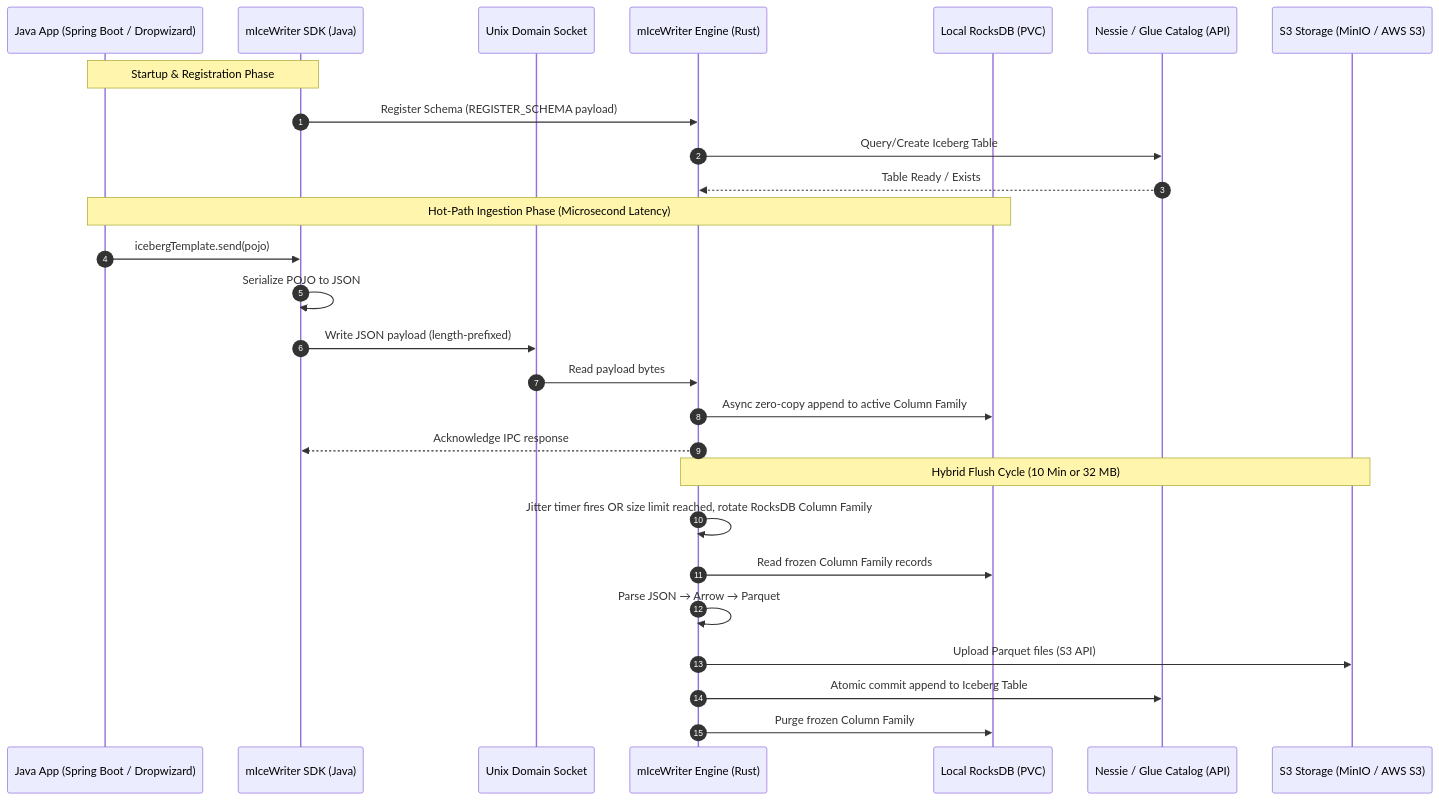
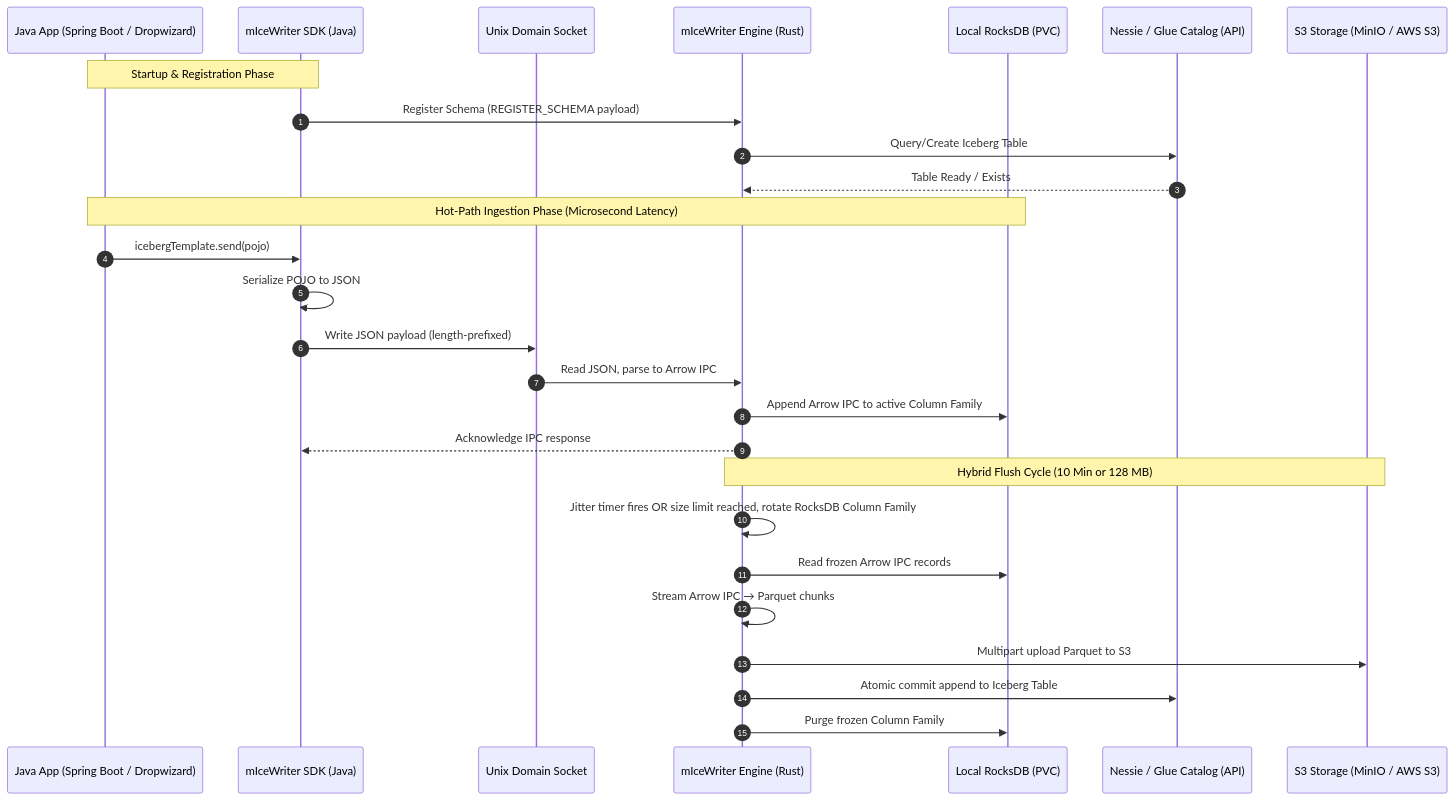
Before and after one commit to markovarghese/micewriter-hub: the diagram in docs/system-overview.md, drawn with Mermaid. The commit also changed other lines of this file and 6 other files, not shown here.

Commit message:
docs: update system architecture to reflect streaming and IPC intake

````diff
--- a/docs/system-overview.md
+++ b/docs/system-overview.md
@@ -14,32 +14,32 @@
 ```mermaid
 sequenceDiagram
     autonumber
     participant App as Java App (Spring Boot / Dropwizard)
     participant SDK as mIceWriter SDK (Java)
     participant UDS as Unix Domain Socket
     participant Engine as mIceWriter Engine (Rust)
     participant RocksDB as Local RocksDB (PVC)
     participant Catalog as Nessie / Glue Catalog (API)
     participant ObjectStore as S3 Storage (MinIO / AWS S3)
 
     Note over App,SDK: Startup & Registration Phase
     SDK->>Engine: Register Schema (REGISTER_SCHEMA payload)
     Engine->>Catalog: Query/Create Iceberg Table
     Catalog-->>Engine: Table Ready / Exists
 
     Note over App,RocksDB: Hot-Path Ingestion Phase (Microsecond Latency)
     App->>SDK: icebergTemplate.send(pojo)
     SDK->>SDK: Serialize POJO to JSON
     SDK->>UDS: Write JSON payload (length-prefixed)
-    UDS->>Engine: Read payload bytes
-    Engine->>RocksDB: Async zero-copy append to active Column Family
+    UDS->>Engine: Read JSON, parse to Arrow IPC
+    Engine->>RocksDB: Append Arrow IPC to active Column Family
     Engine-->>SDK: Acknowledge IPC response
 
-    Note over Engine,ObjectStore: Hybrid Flush Cycle (10 Min or 32 MB)
+    Note over Engine,ObjectStore: Hybrid Flush Cycle (10 Min or 128 MB)
     Engine->>Engine: Jitter timer fires OR size limit reached, rotate RocksDB Column Family
-    Engine->>RocksDB: Read frozen Column Family records
-    Engine->>Engine: Parse JSON → Arrow → Parquet
-    Engine->>ObjectStore: Upload Parquet files (S3 API)
+    Engine->>RocksDB: Read frozen Arrow IPC records
+    Engine->>Engine: Stream Arrow IPC → Parquet chunks
+    Engine->>ObjectStore: Multipart upload Parquet to S3
     Engine->>Catalog: Atomic commit append to Iceberg Table
     Engine->>RocksDB: Purge frozen Column Family
 ```
````
